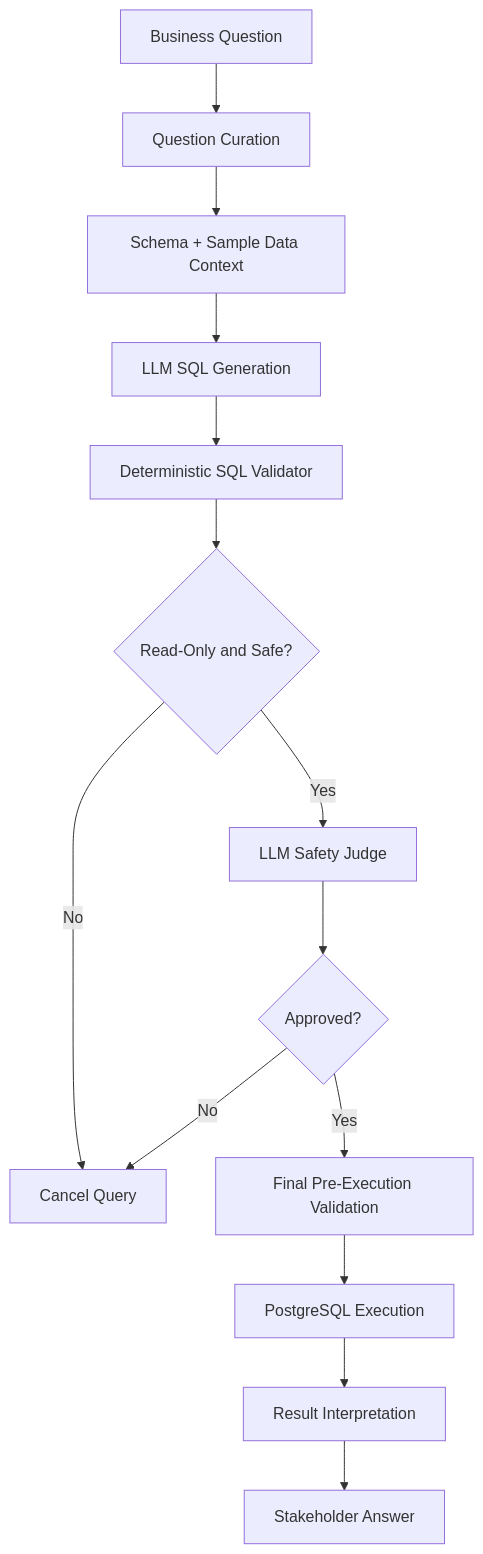
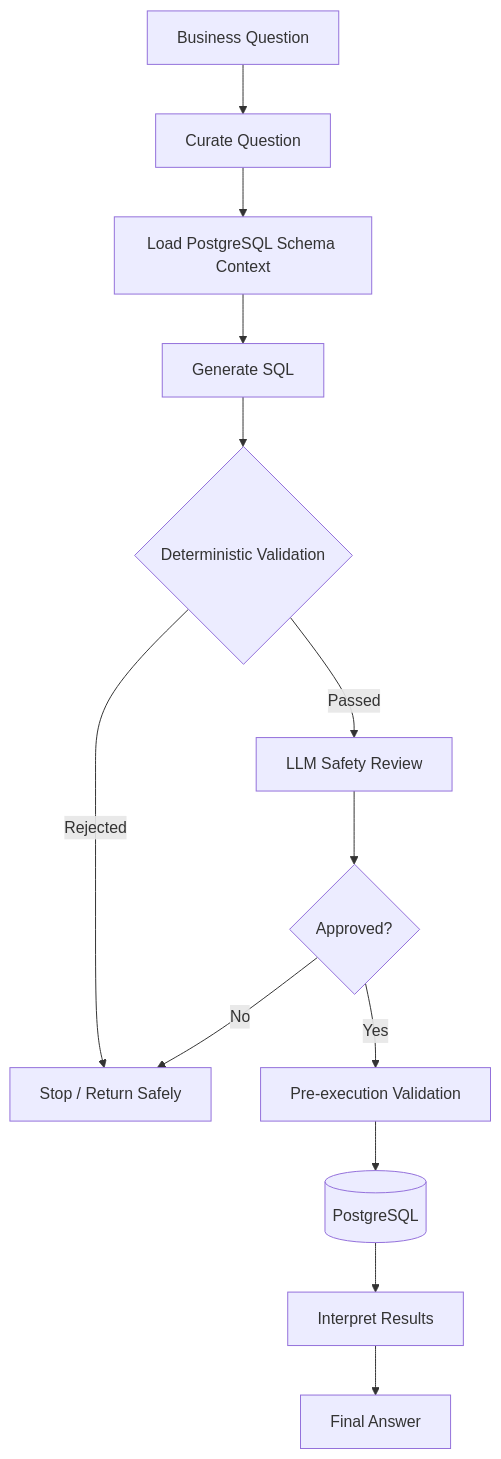
One commit to swapniltake1/agentic-data-intelligence-platform changed the fourth of 4 diagrams in README.md. Above: the diagram before and after it, drawn with Mermaid. The commit also changed other lines of this file, not shown here.

Commit message:
docs: professionalize README and document RAG architecture

````diff
--- a/README.md
+++ b/README.md
@@ -81,16 +127,15 @@
 ```mermaid
 flowchart TD
-    A["Business Question"] --> B["Question Curation"]
-    B --> C["Schema + Sample Data Context"]
-    C --> D["LLM SQL Generation"]
-    D --> E["Deterministic SQL Validator"]
-    E --> F{"Read-Only and Safe?"}
-    F -->|No| G["Cancel Query"]
-    F -->|Yes| H["LLM Safety Judge"]
-    H --> I{"Approved?"}
-    I -->|No| G
-    I -->|Yes| J["Final Pre-Execution Validation"]
-    J --> K["PostgreSQL Execution"]
-    K --> L["Result Interpretation"]
-    L --> M["Stakeholder Answer"]
+    A[Business Question] --> B[Curate Question]
+    B --> C[Load PostgreSQL Schema Context]
+    C --> D[Generate SQL]
+    D --> E{Deterministic Validation}
+    E -->|Rejected| X[Stop / Return Safely]
+    E -->|Passed| F[LLM Safety Review]
+    F --> G{Approved?}
+    G -->|No| X
+    G -->|Yes| H[Pre-execution Validation]
+    H --> I[(PostgreSQL)]
+    I --> J[Interpret Results]
+    J --> K[Final Answer]
 ```
````
